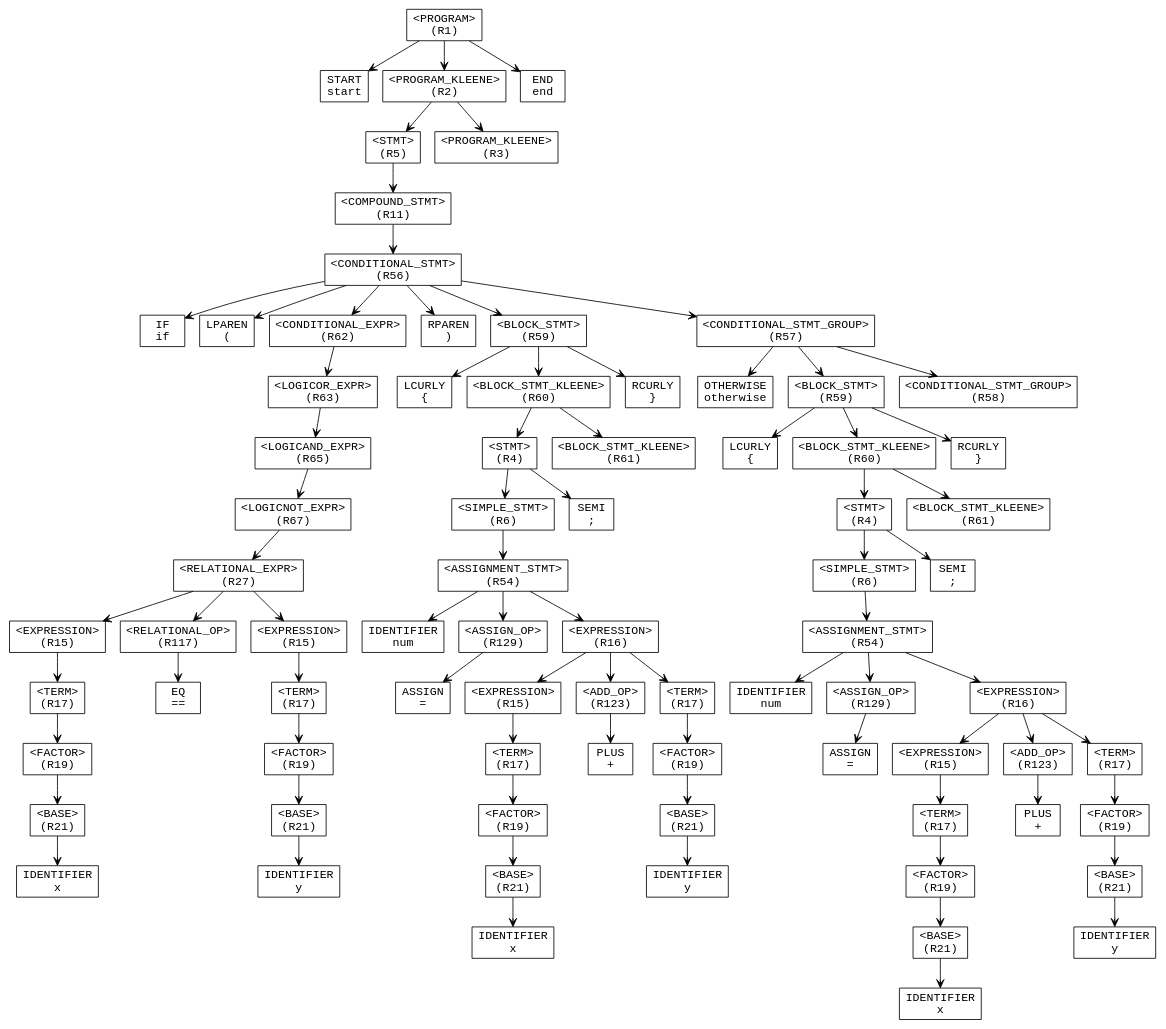
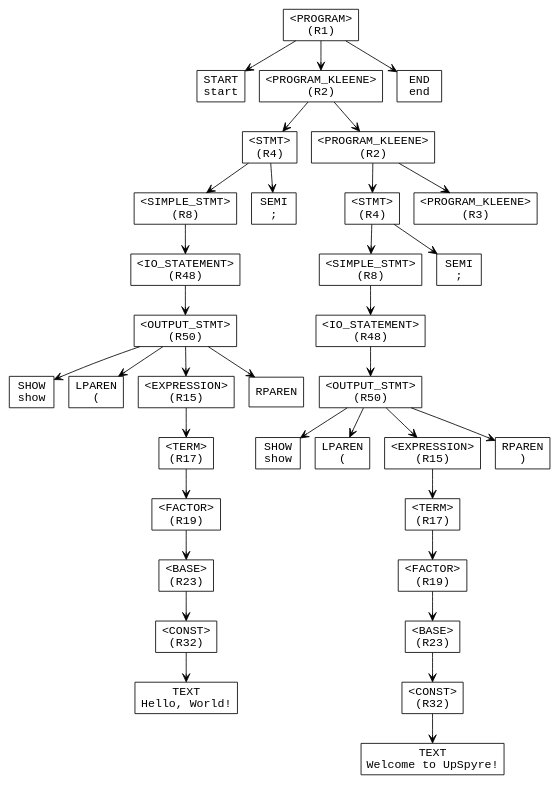
One commit to AjDesuuu/Upspyre-Programming-Language changed the diagram in parse_tree.dot. Above: the diagram before and after it, drawn with Graphviz. The commit also changed 6 other files, not shown here.

```diff
--- a/parse_tree.dot
+++ b/parse_tree.dot
@@ -1,161 +1,71 @@
 digraph ParseTree {
   node [shape=box, fontname="Courier"];
   edge [arrowhead=vee];
-  n130067409 [label="<PROGRAM>\n(R1)"];
-  n1292747012 [label="START\nstart"];
-  n130067409 -> n1292747012;
-  n1594945024 [label="<PROGRAM_KLEENE>\n(R2)"];
-  n912939829 [label="<STMT>\n(R5)"];
-  n1986357797 [label="<COMPOUND_STMT>\n(R11)"];
-  n1430487052 [label="<CONDITIONAL_STMT>\n(R56)"];
-  n234554442 [label="IF\nif"];
+  n472141776 [label="<PROGRAM>\n(R1)"];
+  n130067409 [label="START\nstart"];
+  n472141776 -> n130067409;
+  n1835059686 [label="<PROGRAM_KLEENE>\n(R2)"];
+  n1610595538 [label="<STMT>\n(R4)"];
+  n1637556786 [label="<SIMPLE_STMT>\n(R8)"];
+  n1661441011 [label="<IO_STATEMENT>\n(R48)"];
+  n138627468 [label="<OUTPUT_STMT>\n(R50)"];
+  n720928122 [label="SHOW\nshow"];
+  n138627468 -> n720928122;
+  n315248805 [label="LPAREN\n("];
+  n138627468 -> n315248805;
+  n1292747012 [label="<EXPRESSION>\n(R15)"];
+  n1594945024 [label="<TERM>\n(R17)"];
+  n912939829 [label="<FACTOR>\n(R19)"];
+  n1986357797 [label="<BASE>\n(R23)"];
+  n1430487052 [label="<CONST>\n(R32)"];
+  n234554442 [label="TEXT\nHello, World!"];
   n1430487052 -> n234554442;
-  n1764513075 [label="LPAREN\n("];
-  n1430487052 -> n1764513075;
-  n876953201 [label="<CONDITIONAL_EXPR>\n(R62)"];
-  n2102364949 [label="<LOGICOR_EXPR>\n(R63)"];
-  n683874722 [label="<LOGICAND_EXPR>\n(R65)"];
-  n600654916 [label="<LOGICNOT_EXPR>\n(R67)"];
-  n1055277306 [label="<RELATIONAL_EXPR>\n(R27)"];
-  n1064330000 [label="<EXPRESSION>\n(R15)"];
-  n265184085 [label="<TERM>\n(R17)"];
-  n1181284748 [label="<FACTOR>\n(R19)"];
-  n1241878571 [label="<BASE>\n(R21)"];
-  n1993413272 [label="IDENTIFIER\nx"];
-  n1241878571 -> n1993413272;
-  n1181284748 -> n1241878571;
-  n265184085 -> n1181284748;
-  n1064330000 -> n265184085;
-  n1055277306 -> n1064330000;
-  n184095708 [label="<RELATIONAL_OP>\n(R117)"];
-  n198979478 [label="EQ\n=="];
-  n184095708 -> n198979478;
-  n1055277306 -> n184095708;
-  n1832808974 [label="<EXPRESSION>\n(R15)"];
-  n319158499 [label="<TERM>\n(R17)"];
-  n1369472684 [label="<FACTOR>\n(R19)"];
-  n996821905 [label="<BASE>\n(R21)"];
-  n635101424 [label="IDENTIFIER\ny"];
-  n996821905 -> n635101424;
-  n1369472684 -> n996821905;
-  n319158499 -> n1369472684;
-  n1832808974 -> n319158499;
-  n1055277306 -> n1832808974;
-  n600654916 -> n1055277306;
-  n683874722 -> n600654916;
-  n2102364949 -> n683874722;
-  n876953201 -> n2102364949;
-  n1430487052 -> n876953201;
-  n430229064 [label="RPAREN\n)"];
-  n1430487052 -> n430229064;
-  n1269014222 [label="<BLOCK_STMT>\n(R59)"];
-  n586969832 [label="LCURLY\n{"];
-  n1269014222 -> n586969832;
-  n1356061479 [label="<BLOCK_STMT_KLEENE>\n(R60)"];
-  n1878704627 [label="<STMT>\n(R4)"];
-  n947414828 [label="<SIMPLE_STMT>\n(R6)"];
-  n2035431929 [label="<ASSIGNMENT_STMT>\n(R54)"];
-  n932634391 [label="IDENTIFIER\nnum"];
-  n2035431929 -> n932634391;
-  n240805199 [label="<ASSIGN_OP>\n(R129)"];
-  n1977627311 [label="ASSIGN\n="];
-  n240805199 -> n1977627311;
-  n2035431929 -> n240805199;
-  n496324635 [label="<EXPRESSION>\n(R16)"];
-  n486165209 [label="<EXPRESSION>\n(R15)"];
-  n1104622612 [label="<TERM>\n(R17)"];
-  n903222219 [label="<FACTOR>\n(R19)"];
-  n49584354 [label="<BASE>\n(R21)"];
-  n1276552935 [label="IDENTIFIER\nx"];
-  n49584354 -> n1276552935;
-  n903222219 -> n49584354;
-  n1104622612 -> n903222219;
-  n486165209 -> n1104622612;
-  n496324635 -> n486165209;
-  n874077413 [label="<ADD_OP>\n(R123)"];
-  n827607526 [label="PLUS\n+"];
-  n874077413 -> n827607526;
-  n496324635 -> n874077413;
-  n390194342 [label="<TERM>\n(R17)"];
-  n1847150903 [label="<FACTOR>\n(R19)"];
-  n278519397 [label="<BASE>\n(R21)"];
-  n59879145 [label="IDENTIFIER\ny"];
-  n278519397 -> n59879145;
-  n1847150903 -> n278519397;
-  n390194342 -> n1847150903;
-  n496324635 -> n390194342;
-  n2035431929 -> n496324635;
-  n947414828 -> n2035431929;
-  n1878704627 -> n947414828;
-  n460132073 [label="SEMI\n;"];
-  n1878704627 -> n460132073;
-  n1356061479 -> n1878704627;
-  n1058647106 [label="<BLOCK_STMT_KLEENE>\n(R61)"];
-  n1356061479 -> n1058647106;
-  n1269014222 -> n1356061479;
-  n1630353202 [label="RCURLY\n}"];
-  n1269014222 -> n1630353202;
-  n1430487052 -> n1269014222;
-  n1875196696 [label="<CONDITIONAL_STMT_GROUP>\n(R57)"];
-  n481061455 [label="OTHERWISE\notherwise"];
-  n1875196696 -> n481061455;
-  n1847963172 [label="<BLOCK_STMT>\n(R59)"];
-  n1723433077 [label="LCURLY\n{"];
-  n1847963172 -> n1723433077;
-  n551713345 [label="<BLOCK_STMT_KLEENE>\n(R60)"];
-  n1600356864 [label="<STMT>\n(R4)"];
-  n485770054 [label="<SIMPLE_STMT>\n(R6)"];
-  n912577157 [label="<ASSIGNMENT_STMT>\n(R54)"];
-  n99063418 [label="IDENTIFIER\nnum"];
-  n912577157 -> n99063418;
-  n1180137284 [label="<ASSIGN_OP>\n(R129)"];
-  n2013782715 [label="ASSIGN\n="];
-  n1180137284 -> n2013782715;
-  n912577157 -> n1180137284;
-  n1760032708 [label="<EXPRESSION>\n(R16)"];
-  n1359673572 [label="<EXPRESSION>\n(R15)"];
-  n739920086 [label="<TERM>\n(R17)"];
-  n1808758228 [label="<FACTOR>\n(R19)"];
-  n1010955966 [label="<BASE>\n(R21)"];
-  n982184970 [label="IDENTIFIER\nx"];
-  n1010955966 -> n982184970;
-  n1808758228 -> n1010955966;
-  n739920086 -> n1808758228;
-  n1359673572 -> n739920086;
-  n1760032708 -> n1359673572;
-  n1151879029 [label="<ADD_OP>\n(R123)"];
-  n1423567841 [label="PLUS\n+"];
-  n1151879029 -> n1423567841;
-  n1760032708 -> n1151879029;
-  n1738408898 [label="<TERM>\n(R17)"];
-  n173638047 [label="<FACTOR>\n(R19)"];
-  n206367822 [label="<BASE>\n(R21)"];
-  n399608005 [label="IDENTIFIER\ny"];
-  n206367822 -> n399608005;
-  n173638047 -> n206367822;
-  n1738408898 -> n173638047;
-  n1760032708 -> n1738408898;
-  n912577157 -> n1760032708;
-  n485770054 -> n912577157;
-  n1600356864 -> n485770054;
-  n12982766 [label="SEMI\n;"];
-  n1600356864 -> n12982766;
-  n551713345 -> n1600356864;
-  n1188373776 [label="<BLOCK_STMT_KLEENE>\n(R61)"];
-  n551713345 -> n1188373776;
-  n1847963172 -> n551713345;
-  n764448536 [label="RCURLY\n}"];
-  n1847963172 -> n764448536;
-  n1875196696 -> n1847963172;
-  n916237775 [label="<CONDITIONAL_STMT_GROUP>\n(R58)"];
-  n1875196696 -> n916237775;
-  n1430487052 -> n1875196696;
   n1986357797 -> n1430487052;
   n912939829 -> n1986357797;
   n1594945024 -> n912939829;
-  n103140251 [label="<PROGRAM_KLEENE>\n(R3)"];
-  n1594945024 -> n103140251;
-  n130067409 -> n1594945024;
-  n1773634538 [label="END\nend"];
-  n130067409 -> n1773634538;
+  n1292747012 -> n1594945024;
+  n138627468 -> n1292747012;
+  n1764513075 [label="RPAREN\n"];
+  n138627468 -> n1764513075;
+  n1661441011 -> n138627468;
+  n1637556786 -> n1661441011;
+  n1610595538 -> n1637556786;
+  n876953201 [label="SEMI\n;"];
+  n1610595538 -> n876953201;
+  n1835059686 -> n1610595538;
+  n2102364949 [label="<PROGRAM_KLEENE>\n(R2)"];
+  n683874722 [label="<STMT>\n(R4)"];
+  n600654916 [label="<SIMPLE_STMT>\n(R8)"];
+  n1055277306 [label="<IO_STATEMENT>\n(R48)"];
+  n1064330000 [label="<OUTPUT_STMT>\n(R50)"];
+  n265184085 [label="SHOW\nshow"];
+  n1064330000 -> n265184085;
+  n1181284748 [label="LPAREN\n("];
+  n1064330000 -> n1181284748;
+  n1241878571 [label="<EXPRESSION>\n(R15)"];
+  n1993413272 [label="<TERM>\n(R17)"];
+  n184095708 [label="<FACTOR>\n(R19)"];
+  n198979478 [label="<BASE>\n(R23)"];
+  n1832808974 [label="<CONST>\n(R32)"];
+  n319158499 [label="TEXT\nWelcome to UpSpyre!"];
+  n1832808974 -> n319158499;
+  n198979478 -> n1832808974;
+  n184095708 -> n198979478;
+  n1993413272 -> n184095708;
+  n1241878571 -> n1993413272;
+  n1064330000 -> n1241878571;
+  n1369472684 [label="RPAREN\n)"];
+  n1064330000 -> n1369472684;
+  n1055277306 -> n1064330000;
+  n600654916 -> n1055277306;
+  n683874722 -> n600654916;
+  n996821905 [label="SEMI\n;"];
+  n683874722 -> n996821905;
+  n2102364949 -> n683874722;
+  n635101424 [label="<PROGRAM_KLEENE>\n(R3)"];
+  n2102364949 -> n635101424;
+  n1835059686 -> n2102364949;
+  n472141776 -> n1835059686;
+  n430229064 [label="END\nend"];
+  n472141776 -> n430229064;
 }
```
